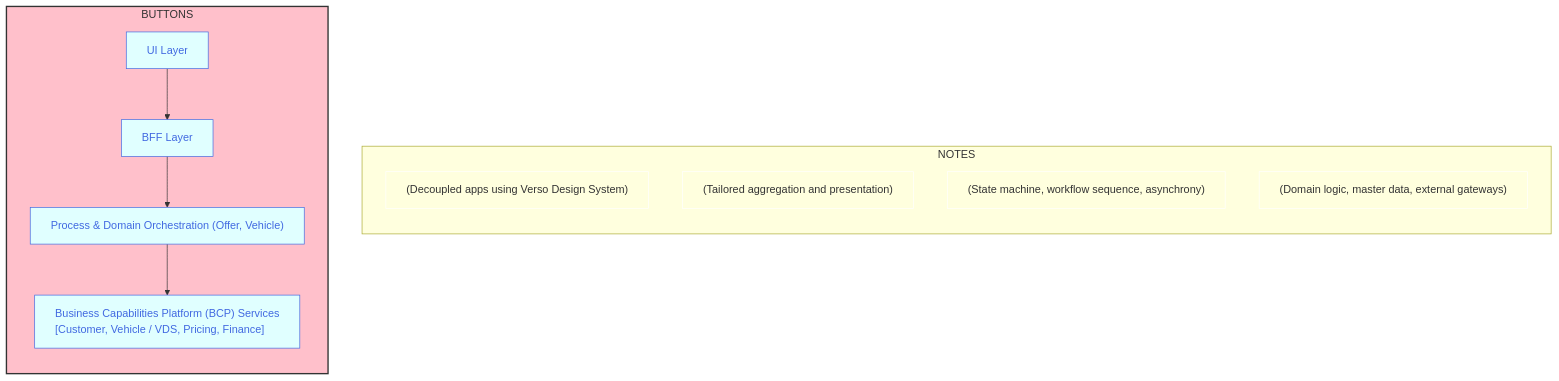
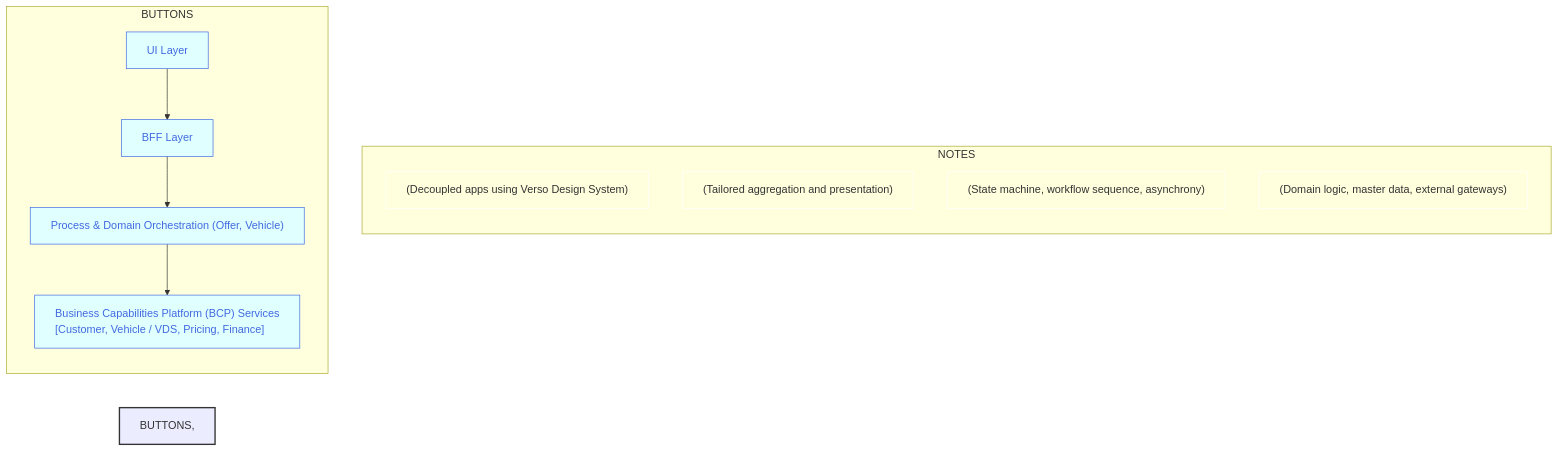
Before and after one commit to joe-dorward/samples: the diagram in buttons_mermaid_v3.md, drawn with Mermaid.

````diff
--- a/buttons_mermaid_v3.md
+++ b/buttons_mermaid_v3.md
@@ -3,49 +3,47 @@
 ```mermaid
   %%{
     init: {"flowchart": { "markdownAutoWrap":"false", "textWrap":"false", "wrappingWidth": "100%" }
     }
   }%%
   flowchart LR
-
-  %% define styles
-  %%classDef Group fill:pink, text-align:left;
 
   classDef Button fill:lightcyan, stroke:royalblue, color:royalblue, text-align:left;
   classDef Note fill:transparent, stroke:white, text-align:left;
   %% ---------- ---------- ---------- ---------- ---------- ---------- ---------- ---------- ---------- ----------
   subgraph BUTTONS
     direction TD
 
     BUTTON_01["UI Layer"]:::Button
     click BUTTON_01 "https://en.wikipedia.org/wiki/Main_Page" _blank
 
     BUTTON_02["BFF Layer"]:::Button
     click BUTTON_02 "https://en.wikipedia.org/wiki/Main_Page" _blank
 
     BUTTON_03["Process & Domain Orchestration (Offer, Vehicle)"]:::Button
     click BUTTON_03 "https://en.wikipedia.org/wiki/Main_Page" _blank
 
     BUTTON_04["Business Capabilities Platform (BCP) Services<br/>[Customer, Vehicle / VDS, Pricing, Finance]"]:::Button
     click BUTTON_04 "https://en.wikipedia.org/wiki/Main_Page" _blank
   end
-  style BUTTONS fill:pink,stroke:#333,stroke-width:2px, text-align:left
+
   %% ---------- ---------- ---------- ---------- ---------- ---------- ---------- ---------- ---------- ----------
   subgraph NOTES
     direction TD
     BUTTON_01_NOTE["(Decoupled apps using Verso Design System)"]:::Note
     BUTTON_02_NOTE["(Tailored aggregation and presentation)"]:::Note
     BUTTON_03_NOTE["(State machine, workflow sequence, asynchrony)"]:::Note
     BUTTON_04_NOTE["(Domain logic, master data, external gateways)"]:::Note
   end
   %% ---------- ---------- ---------- ---------- ---------- ---------- ---------- ---------- ---------- ----------
   %% invisibly connect BUTTONS (sub-graph) to NOTES (sub-graph)
   BUTTONS~~~
   NOTES
   %% ---------- ---------- ---------- ---------- ---------- ---------- ---------- ---------- ---------- ----------
   %% connect buttons
   BUTTON_01-->
   BUTTON_02-->
   BUTTON_03-->
   BUTTON_04
   %% ---------- ---------- ---------- ---------- ---------- ---------- ---------- ---------- ---------- ----------
+  style BUTTONS, NOTES fill:pink,stroke:#333,stroke-width:2px
 ```
````
